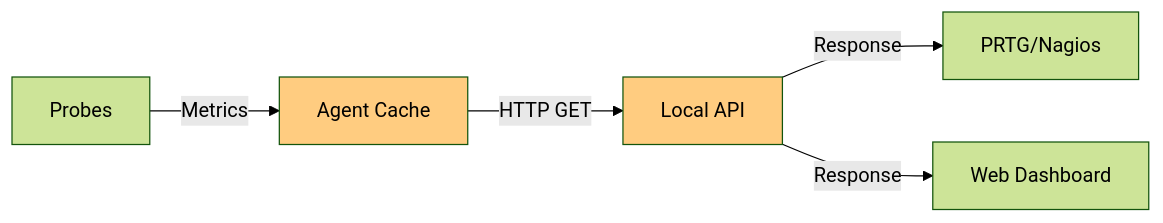
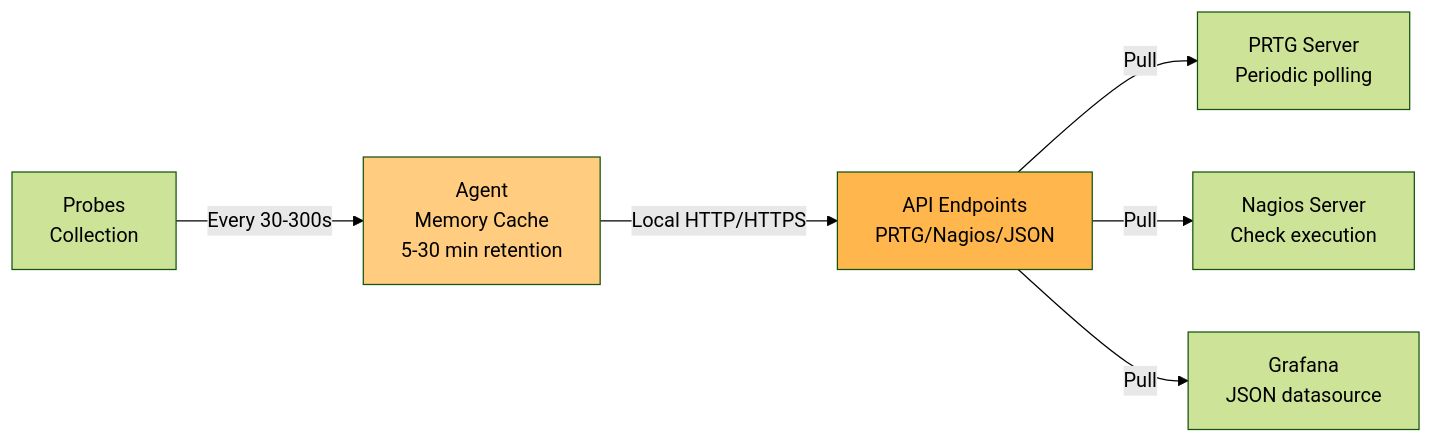
One commit to senhub-io/senhub-agent changed the seventh of 9 diagrams in docs/user-guide/OPERATING-MODES.md. Above: the diagram before and after it, drawn with Mermaid (forest theme). The commit also changed other lines of this file and 7 other files, not shown here.

````diff
--- a/docs/user-guide/OPERATING-MODES.md
+++ b/docs/user-guide/OPERATING-MODES.md
@@ -473,10 +593,11 @@
 ```mermaid
 graph LR
-    A[Probes] -->|Metrics| B[Agent Cache]
-    B -->|HTTP GET| C[Local API]
-    C -->|Response| D[PRTG/Nagios]
-    C -->|Response| E[Web Dashboard]
+    A[Probes<br/>Collection] -->|Every 30-300s| B[Agent<br/>Memory Cache<br/>5-30 min retention]
+    B -->|Local HTTP/HTTPS| C[API Endpoints<br/>PRTG/Nagios/JSON]
+    C -->|Pull| D[PRTG Server<br/>Periodic polling]
+    C -->|Pull| E[Nagios Server<br/>Check execution]
+    C -->|Pull| F[Grafana<br/>JSON datasource]
 
     style B fill:#ffcc80
-    style C fill:#ffcc80
+    style C fill:#ffb74d
 ```
````
